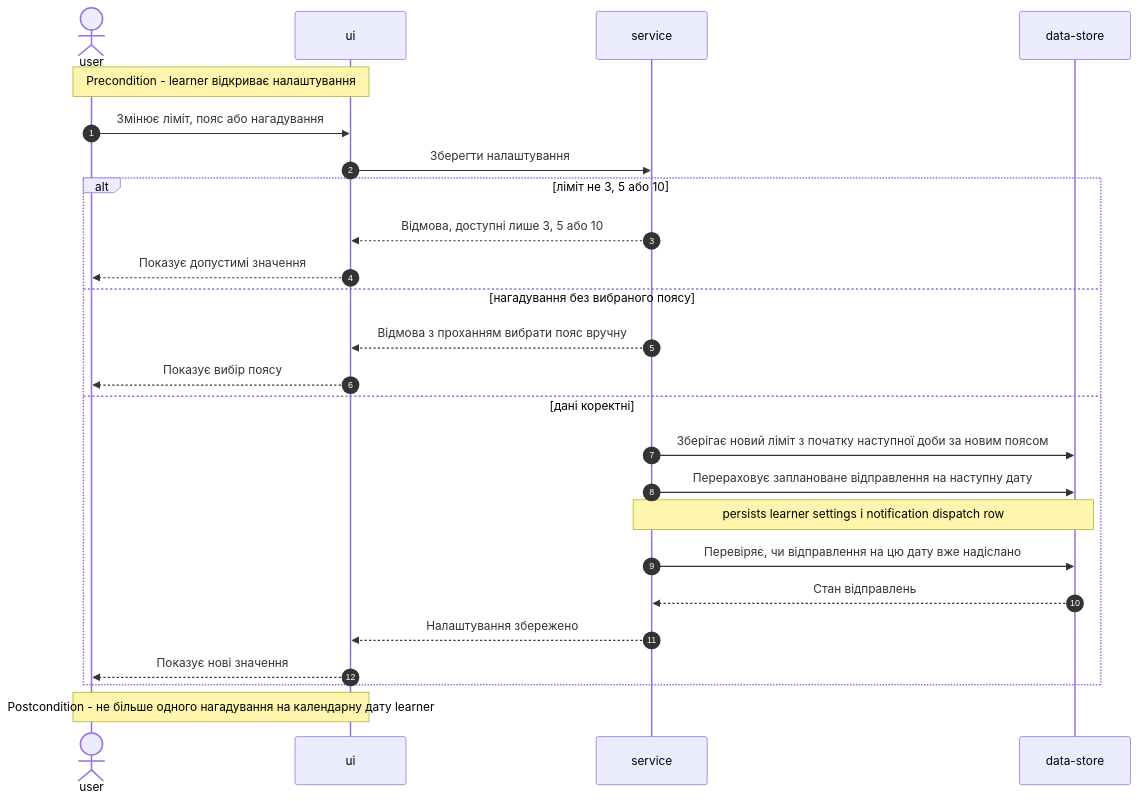
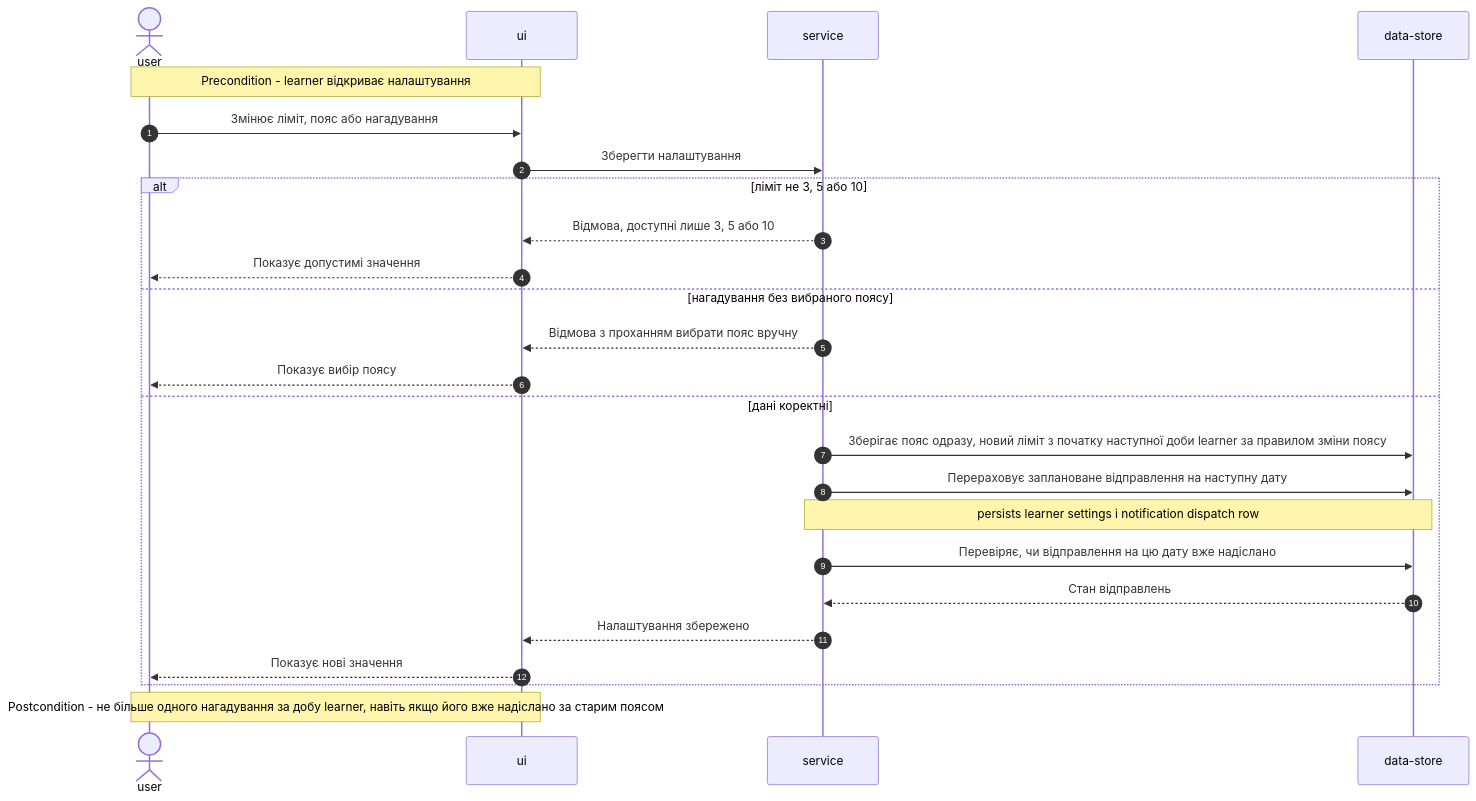
Diagram 11 of 17 in docs/features/personal-trainer-mvp/sad.md (HeliosPersonal/constant-learning), drawn with Mermaid before and after one commit. The commit also changed other lines of this file and 7 other files, not shown here.

````diff
--- a/docs/features/personal-trainer-mvp/sad.md
+++ b/docs/features/personal-trainer-mvp/sad.md
@@ -416,28 +437,28 @@
 ```mermaid
 sequenceDiagram
     autonumber
     actor U as user
     participant UI as ui
     participant S as service
     participant D as data-store
 
     Note over U,UI: Precondition - learner відкриває налаштування
     U->>UI: Змінює ліміт, пояс або нагадування
     UI->>S: Зберегти налаштування
     alt ліміт не 3, 5 або 10
         S-->>UI: Відмова, доступні лише 3, 5 або 10
         UI-->>U: Показує допустимі значення
     else нагадування без вибраного поясу
         S-->>UI: Відмова з проханням вибрати пояс вручну
         UI-->>U: Показує вибір поясу
     else дані коректні
-        S->>D: Зберігає новий ліміт з початку наступної доби за новим поясом
+        S->>D: Зберігає пояс одразу, новий ліміт з початку наступної доби learner за правилом зміни поясу
         S->>D: Перераховує заплановане відправлення на наступну дату
         Note over S,D: persists learner settings і notification dispatch row
         S->>D: Перевіряє, чи відправлення на цю дату вже надіслано
         D-->>S: Стан відправлень
         S-->>UI: Налаштування збережено
         UI-->>U: Показує нові значення
     end
-    Note over U,UI: Postcondition - не більше одного нагадування на календарну дату learner
+    Note over U,UI: Postcondition - не більше одного нагадування за добу learner, навіть якщо його вже надіслано за старим поясом
 ```
````
